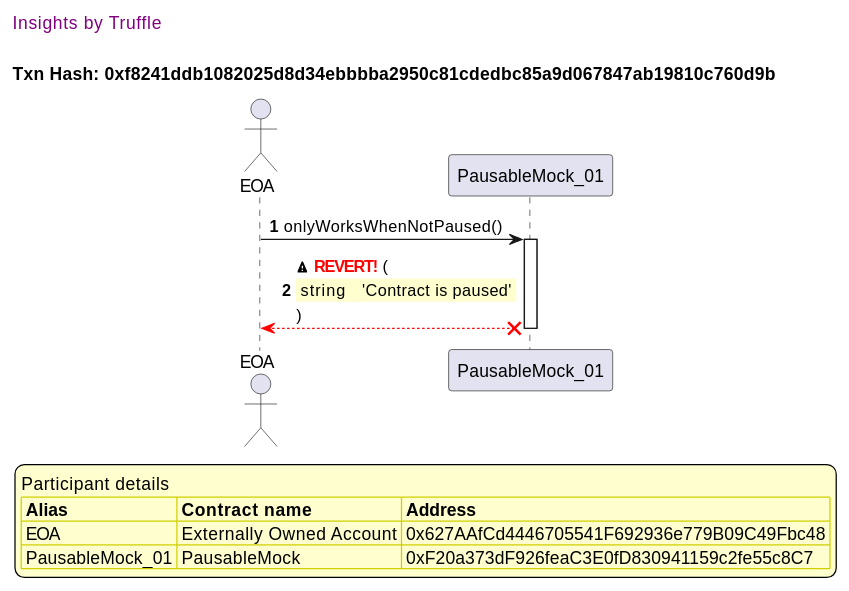
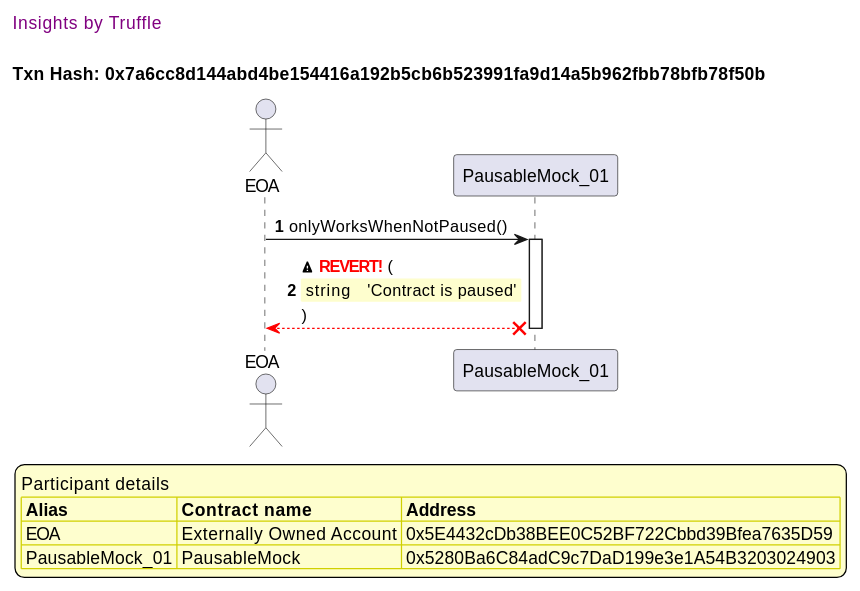
One commit to fodisi/hackapay changed the fifth of 12 diagrams in truffle-seq/lifecycle_pausable.md. Above: the diagram before and after it, drawn with PlantUML. The commit also changed other lines of this file and 10 other files, not shown here.

````diff
--- a/truffle-seq/lifecycle_pausable.md
+++ b/truffle-seq/lifecycle_pausable.md
@@ -268,40 +267,40 @@
 ```plantuml
 
 
 @startuml
 
 autonumber
 skinparam legendBackgroundColor #FEFECE
 
 <style>
       header {
         HorizontalAlignment left
         FontColor purple
         FontSize 14
         Padding 10
       }
     </style>
 
 header Insights by Truffle
 
-title Txn Hash: 0xf8241ddb1082025d8d34ebbbba2950c81cdedbc85a9d067847ab19810c760d9b
+title Txn Hash: 0x7a6cc8d144abd4be154416a192b5cb6b523991fa9d14a5b962fbb78bfb78f50b
 
 
 actor EOA as "EOA"
 participant PausableMock_01 as "PausableMock_01"
 
 "EOA" -> "PausableMock_01" ++: onlyWorksWhenNotPaused()
 "PausableMock_01" x-[#red]-> "EOA" --: <&warning> <color #red>**REVERT!**</color> (\n\
 <#FEFECE,#FEFECE>| string |  | 'Contract is paused' |\n\
 )
 deactivate "PausableMock_01"
 
 legend
 Participant details
 <#FEFECE,#D0D000>|= Alias |= Contract name |= Address |
-<#FEFECE>| EOA | Externally Owned Account | 0x627AAfCd4446705541F692936e779B09C49Fbc48 |
-<#FEFECE>| PausableMock_01 | PausableMock | 0xF20a373dF926feaC3E0fD830941159c2fe55c8C7 |
+<#FEFECE>| EOA | Externally Owned Account | 0x5E4432cDb38BEE0C52BF722Cbbd39Bfea7635D59 |
+<#FEFECE>| PausableMock_01 | PausableMock | 0x5280Ba6C84adC9c7DaD199e3e1A54B3203024903 |
 endlegend
 
 @enduml
 ```
````
